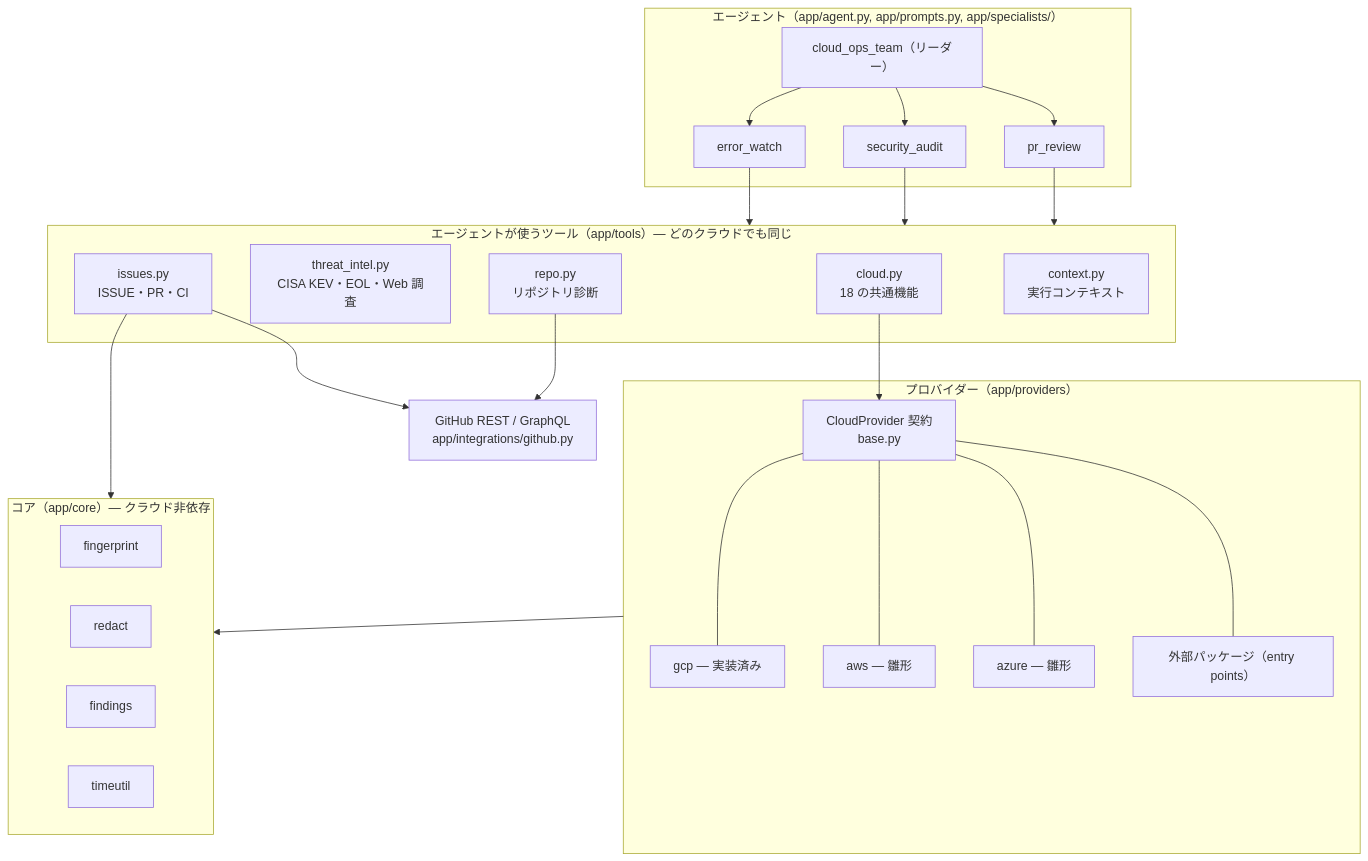
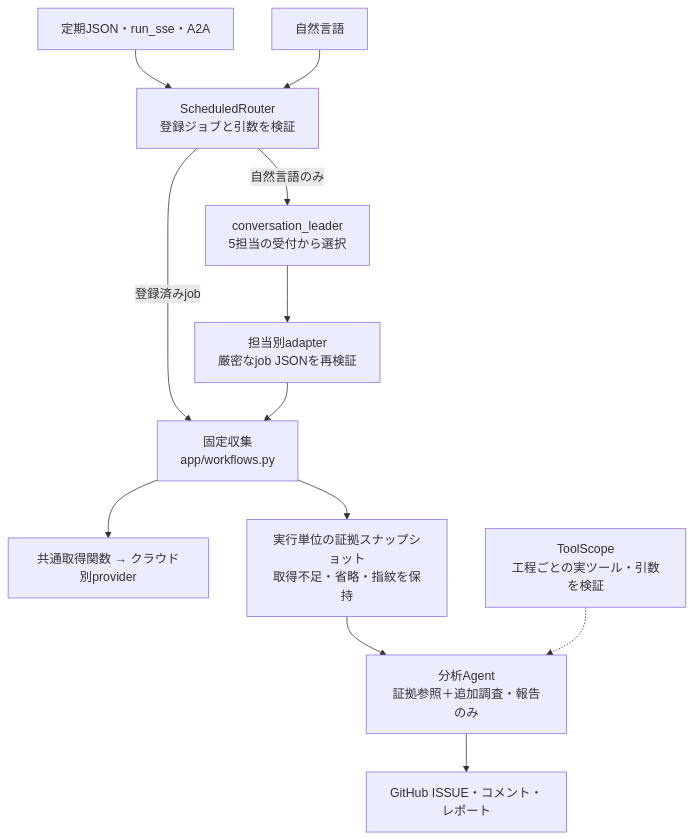
Before and after one commit to atsuki-sakai/cloud-ops-team: the second of 4 diagrams in docs/architecture.md, drawn with Mermaid. The commit also changed other lines of this file and 61 other files, not shown here.

````diff
--- a/docs/architecture.md
+++ b/docs/architecture.md
@@ -41,37 +44,14 @@
 ```mermaid
 flowchart TB
-    subgraph Agents["エージェント（app/agent.py, app/prompts.py, app/specialists/）"]
-        ROOT["cloud_ops_team（リーダー）"]
-        EW["error_watch"]
-        SA["security_audit"]
-        PR["pr_review"]
-        ROOT --> EW & SA & PR
-    end
-    subgraph Tools["エージェントが使うツール（app/tools）— どのクラウドでも同じ"]
-        CLOUD["cloud.py<br/>18 の共通機能"]
-        TI["threat_intel.py<br/>CISA KEV・EOL・Web 調査"]
-        REPO["repo.py<br/>リポジトリ診断"]
-        ISS["issues.py<br/>ISSUE・PR・CI"]
-        CTX["context.py<br/>実行コンテキスト"]
-    end
-    subgraph Providers["プロバイダー（app/providers）"]
-        BASE["CloudProvider 契約<br/>base.py"]
-        GCP["gcp — 実装済み"]
-        AWS["aws — 雛形"]
-        AZ["azure — 雛形"]
-        EXT["外部パッケージ（entry points）"]
-        BASE --- GCP & AWS & AZ & EXT
-    end
-    subgraph Core["コア（app/core）— クラウド非依存"]
-        FP["fingerprint"]
-        RD["redact"]
-        FD["findings"]
-        TU["timeutil"]
-    end
-    GH["GitHub REST / GraphQL<br/>app/integrations/github.py"]
-    EW & SA & PR --> Tools
-    CLOUD --> BASE
-    ISS & REPO --> GH
-    Providers --> Core
-    ISS --> Core
+    JSON["定期JSON・run_sse・A2A"] --> R["ScheduledRouter<br/>登録ジョブと引数を検証"]
+    NL["自然言語"] --> R
+    R -->|"自然言語のみ"| L["conversation_leader<br/>5担当の受付から選択"]
+    L --> D["担当別adapter<br/>厳密なjob JSONを再検証"]
+    R -->|"登録済みjob"| W["固定収集<br/>app/workflows.py"]
+    D --> W
+    W --> P["共通取得関数 → クラウド別provider"]
+    W --> E["実行単位の証拠スナップショット<br/>取得不足・省略・指紋を保持"]
+    E --> A["分析Agent<br/>証拠参照＋追加調査・報告のみ"]
+    B["ToolScope<br/>工程ごとの実ツール・引数を検証"] -.-> A
+    A --> G["GitHub ISSUE・コメント・レポート"]
 ```
````
